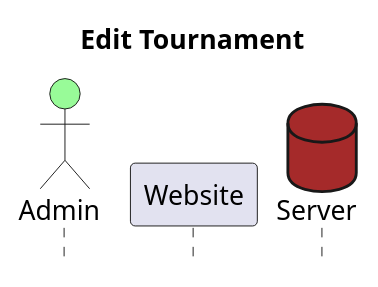
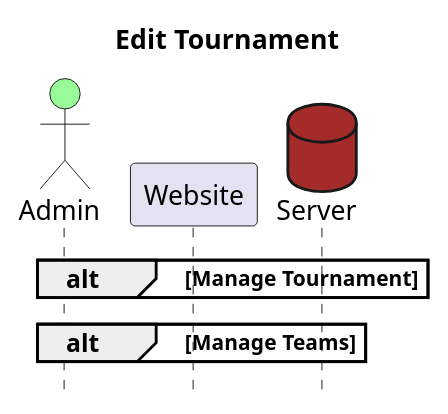
One commit to felixalbrigtsen/asura-tmdb changed the diagram in documentation/sequenceDiagramEdit.puml. Above: the diagram before and after it, drawn with PlantUML. The commit also changed other lines of this file and 1 other file, not shown here.

Commit message:
slight updates to diagrams

```diff
--- a/documentation/sequenceDiagramEdit.puml
+++ b/documentation/sequenceDiagramEdit.puml
@@ -1,8 +1,16 @@
 @startuml Edit Tournament
 title Edit Tournament
 Actor Admin #palegreen
 participant Website
 database Server #brown
 hide footbox
 
+
+
+alt Manage Tournament
+end
+
+alt Manage Teams
+end
+
 @enduml
```
